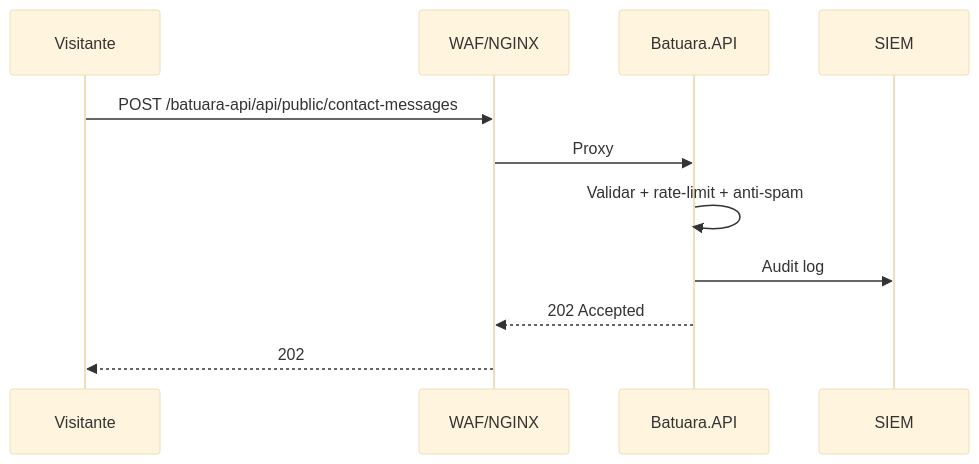
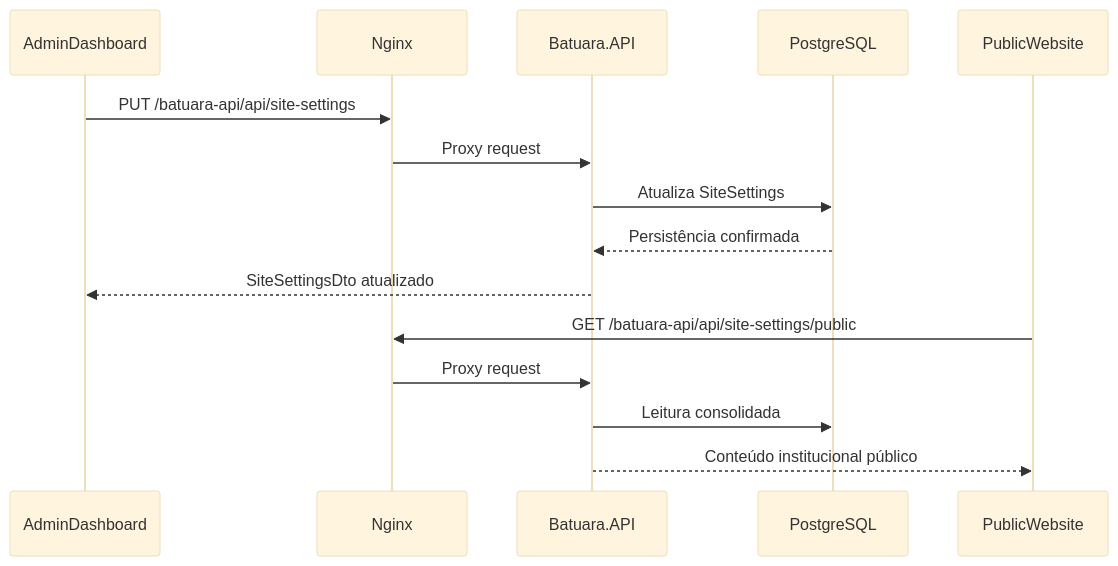
The second of 2 diagrams in docs/EFT-especificacao-funcional-tecnica.md (guelfi/Batuara.net), drawn with Mermaid (base theme) before and after one commit. The commit also changed other lines of this file and 20 other files, not shown here.

````diff
--- a/docs/EFT-especificacao-funcional-tecnica.md
+++ b/docs/EFT-especificacao-funcional-tecnica.md
@@ -63,13 +47,18 @@
 ```mermaid
 sequenceDiagram
-  participant U as Visitante
-  participant W as WAF/NGINX
-  participant A as Batuara.API
-  participant S as SIEM
-  U->>W: POST /batuara-api/api/public/contact-messages
-  W->>A: Proxy
-  A->>A: Validar + rate-limit + anti-spam
-  A->>S: Audit log
-  A-->>W: 202 Accepted
-  W-->>U: 202
+  participant Admin as AdminDashboard
+  participant Nginx as Nginx
+  participant API as Batuara.API
+  participant DB as PostgreSQL
+  participant Public as PublicWebsite
+
+  Admin->>Nginx: PUT /batuara-api/api/site-settings
+  Nginx->>API: Proxy request
+  API->>DB: Atualiza SiteSettings
+  DB-->>API: Persistência confirmada
+  API-->>Admin: SiteSettingsDto atualizado
+  Public->>Nginx: GET /batuara-api/api/site-settings/public
+  Nginx->>API: Proxy request
+  API->>DB: Leitura consolidada
+  API-->>Public: Conteúdo institucional público
 ```
````
